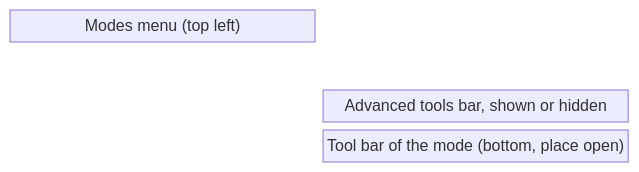
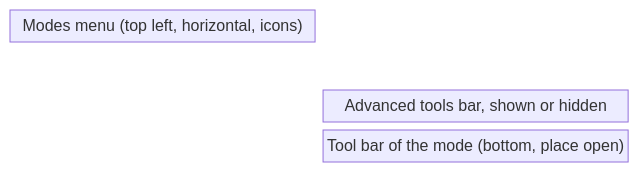
One commit to AlexandreGallais/synoptic-studio-spec changed the second of 2 diagrams in symbols/03-editor/README.md. Above: the diagram before and after it, drawn with Mermaid. The commit also changed other lines of this file and 4 other files, not shown here.

First line of the commit message:
docs(symbols): search icons on list titles and an icon modes menu

````diff
--- a/symbols/03-editor/README.md
+++ b/symbols/03-editor/README.md
@@ -27,8 +27,8 @@
 ```mermaid
 block-beta
     columns 3
-    modes["Modes menu (top left)"] space:2
+    modes["Modes menu (top left, horizontal, icons)"] space:2
     space:3
     space adv["Advanced tools bar, shown or hidden"] space
     space tools["Tool bar of the mode (bottom, place open)"] space
 ```
````
